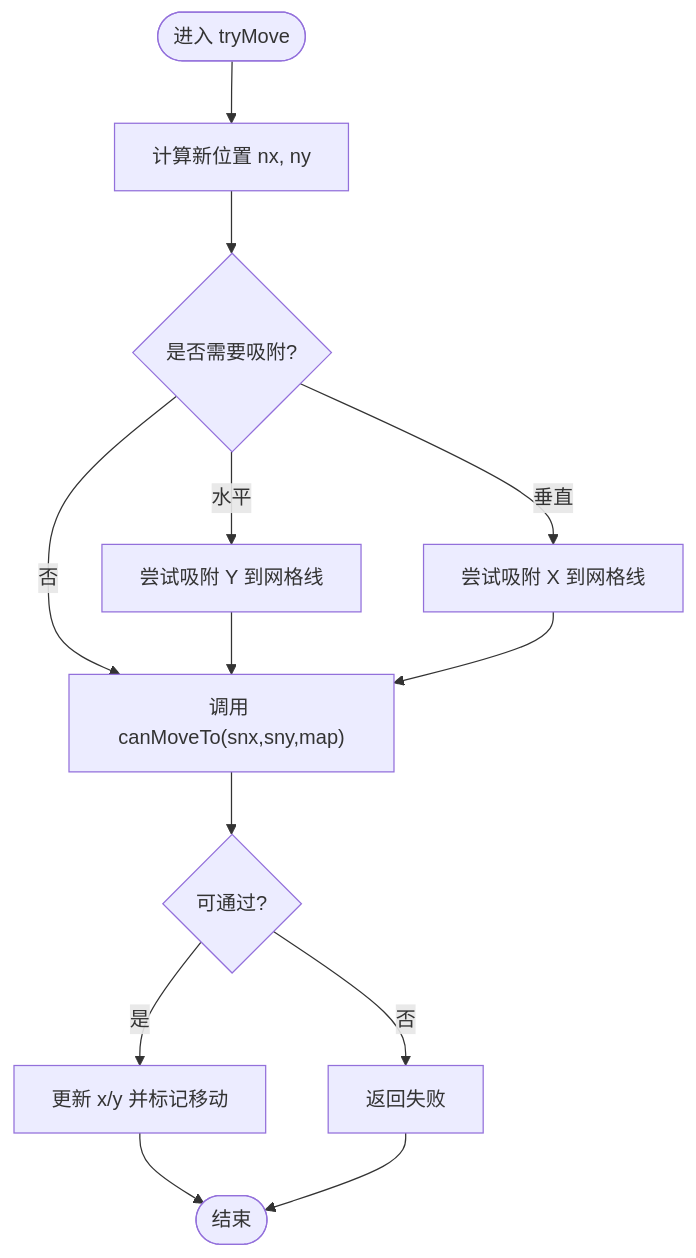
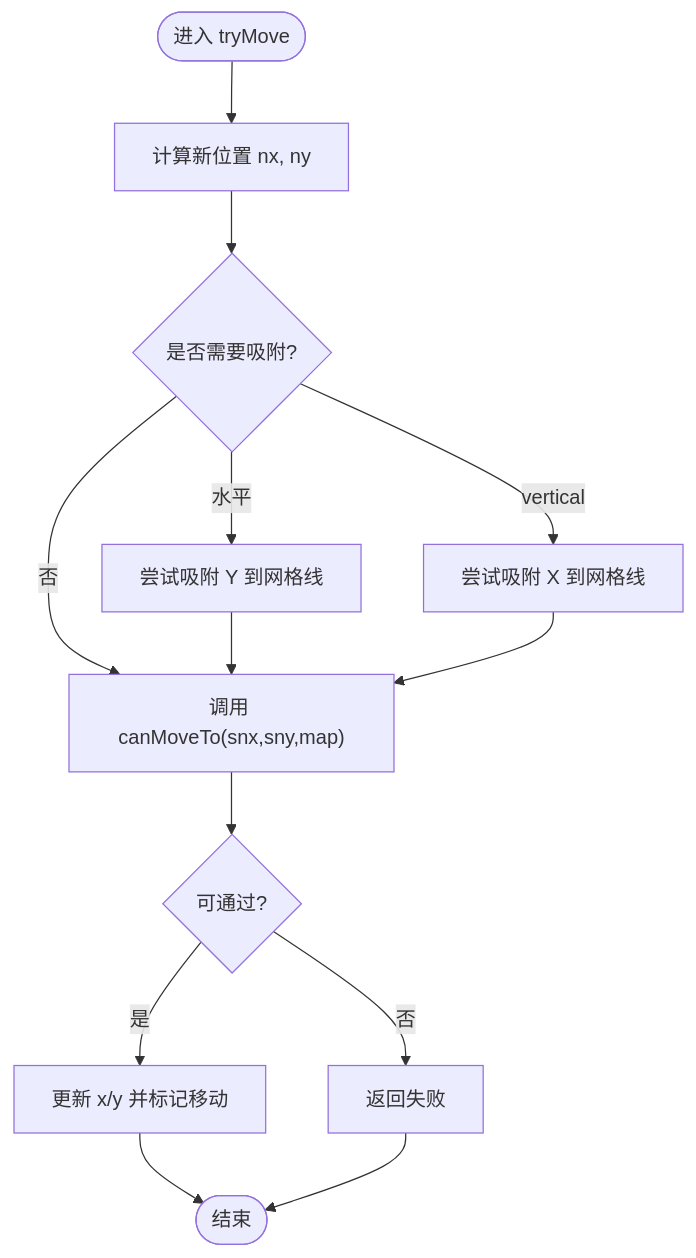
One commit to mrancc/reimagined-journey changed the fourth of 7 diagrams in .qoder/repowiki/zh/content/游戏机制/游戏对象系统/坦克系统.md. Above: the diagram before and after it, drawn with Mermaid. The commit also changed other lines of this file and 8 other files, not shown here.

````diff
--- a/.qoder/repowiki/zh/content/游戏机制/游戏对象系统/坦克系统.md
+++ b/.qoder/repowiki/zh/content/游戏机制/游戏对象系统/坦克系统.md
@@ -159,15 +171,15 @@
 ```mermaid
 flowchart TD
 Start(["进入 tryMove"]) --> Calc["计算新位置 nx, ny"]
 Calc --> Snap{"是否需要吸附?"}
 Snap --> |水平| SnapY["尝试吸附 Y 到网格线"]
-Snap --> |垂直| SnapX["尝试吸附 X 到网格线"]
+Snap --> |vertical| SnapX["尝试吸附 X 到网格线"]
 Snap --> |否| Check["调用 canMoveTo(snx,sny,map)"]
 SnapY --> Check
 SnapX --> Check
 Check --> Pass{"可通过?"}
 Pass --> |是| Update["更新 x/y 并标记移动"]
 Pass --> |否| Fail["返回失败"]
 Update --> End(["结束"])
 Fail --> End
 ```
````
